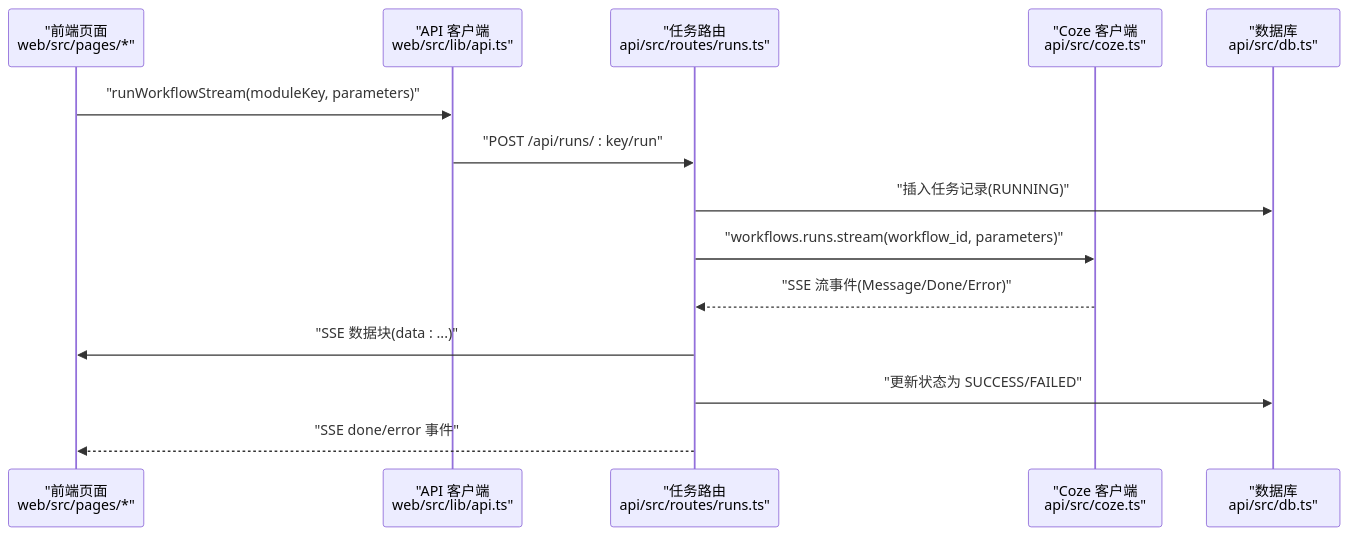
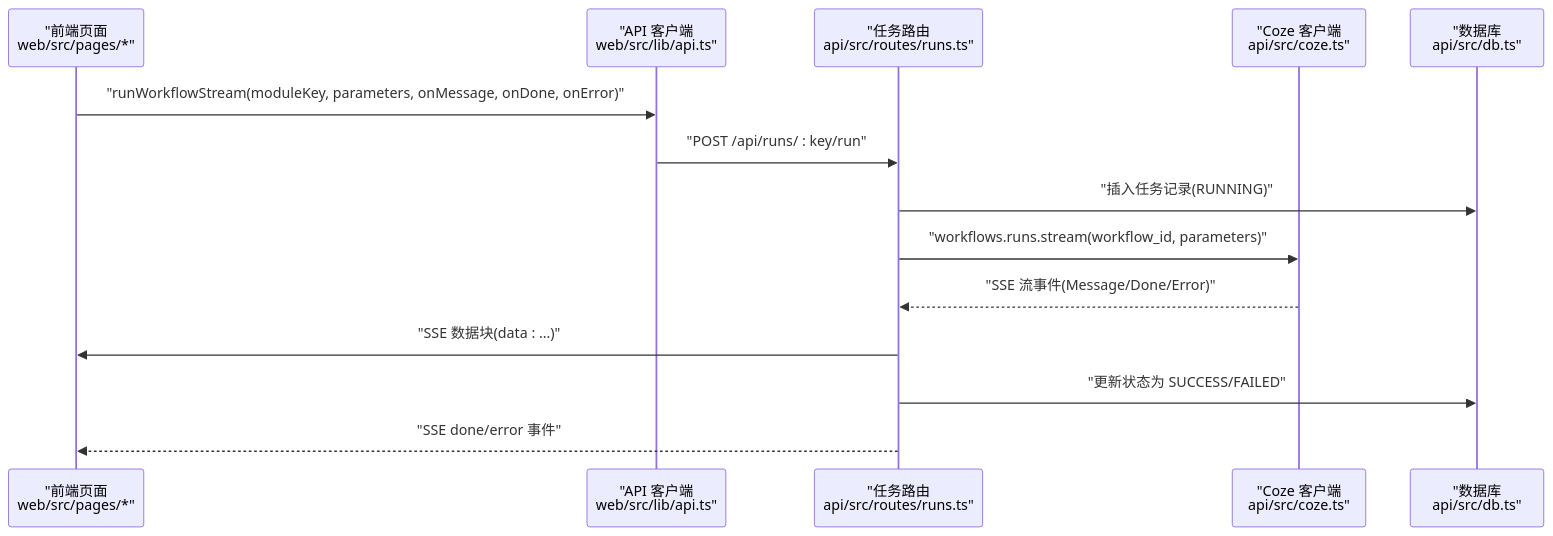
One commit to hanksd769-droid/sailshub changed the second of 6 diagrams in .qoder/repowiki/zh/content/API 接口文档/工作流模块接口.md. Above: the diagram before and after it, drawn with Mermaid. The commit also changed other lines of this file and 4 other files, not shown here.

````diff
--- a/.qoder/repowiki/zh/content/API 接口文档/工作流模块接口.md
+++ b/.qoder/repowiki/zh/content/API 接口文档/工作流模块接口.md
@@ -135,16 +135,16 @@
 ```mermaid
 sequenceDiagram
 participant FE as "前端页面<br/>web/src/pages/*"
 participant API as "API 客户端<br/>web/src/lib/api.ts"
 participant RUNS as "任务路由<br/>api/src/routes/runs.ts"
 participant COZE as "Coze 客户端<br/>api/src/coze.ts"
 participant DB as "数据库<br/>api/src/db.ts"
-FE->>API : "runWorkflowStream(moduleKey, parameters)"
+FE->>API : "runWorkflowStream(moduleKey, parameters, onMessage, onDone, onError)"
 API->>RUNS : "POST /api/runs/ : key/run"
 RUNS->>DB : "插入任务记录(RUNNING)"
 RUNS->>COZE : "workflows.runs.stream(workflow_id, parameters)"
 COZE-->>RUNS : "SSE 流事件(Message/Done/Error)"
 RUNS->>FE : "SSE 数据块(data : ...)"
 RUNS->>DB : "更新状态为 SUCCESS/FAILED"
 RUNS-->>FE : "SSE done/error 事件"
 ```
````
